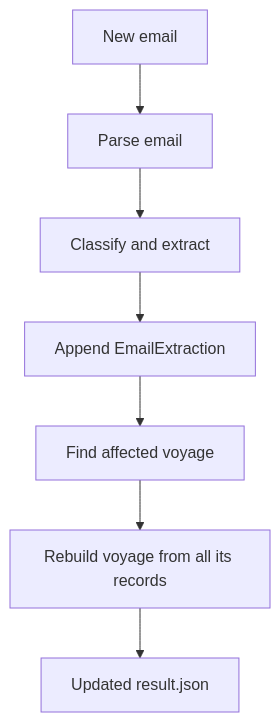
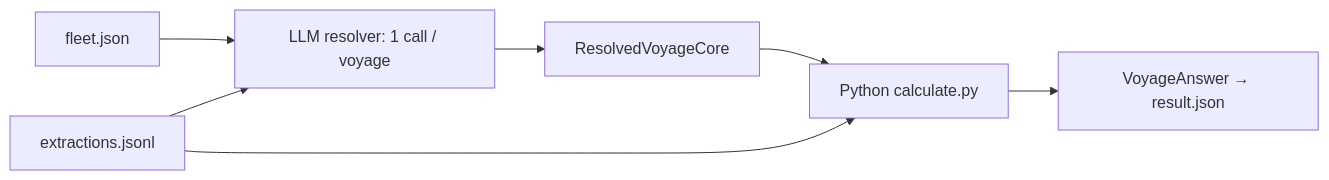
One commit to silviiaromanato/demurrage changed the third of 5 diagrams in ARCHITECTURE.md. Above: the diagram before and after it, drawn with Mermaid. The commit also changed other lines of this file and 17 other files, not shown here.

````diff
--- a/ARCHITECTURE.md
+++ b/ARCHITECTURE.md
@@ -76,9 +189,9 @@
 ```mermaid
-flowchart TD
-    NewEmail["New email"] --> ParseLive["Parse email"]
-    ParseLive --> ExtractLive["Classify and extract"]
-    ExtractLive --> Append["Append EmailExtraction"]
-    Append --> Affected["Find affected voyage"]
-    Affected --> Rebuild["Rebuild voyage from all its records"]
-    Rebuild --> Updated["Updated result.json"]
+flowchart LR
+    Fleet["fleet.json"] --> Resolver["LLM resolver: 1 call / voyage"]
+    Extractions["extractions.jsonl"] --> Resolver
+    Resolver --> Core["ResolvedVoyageCore"]
+    Core --> Py["Python calculate.py"]
+    Extractions --> Py
+    Py --> Dump["VoyageAnswer → result.json"]
 ```
````
